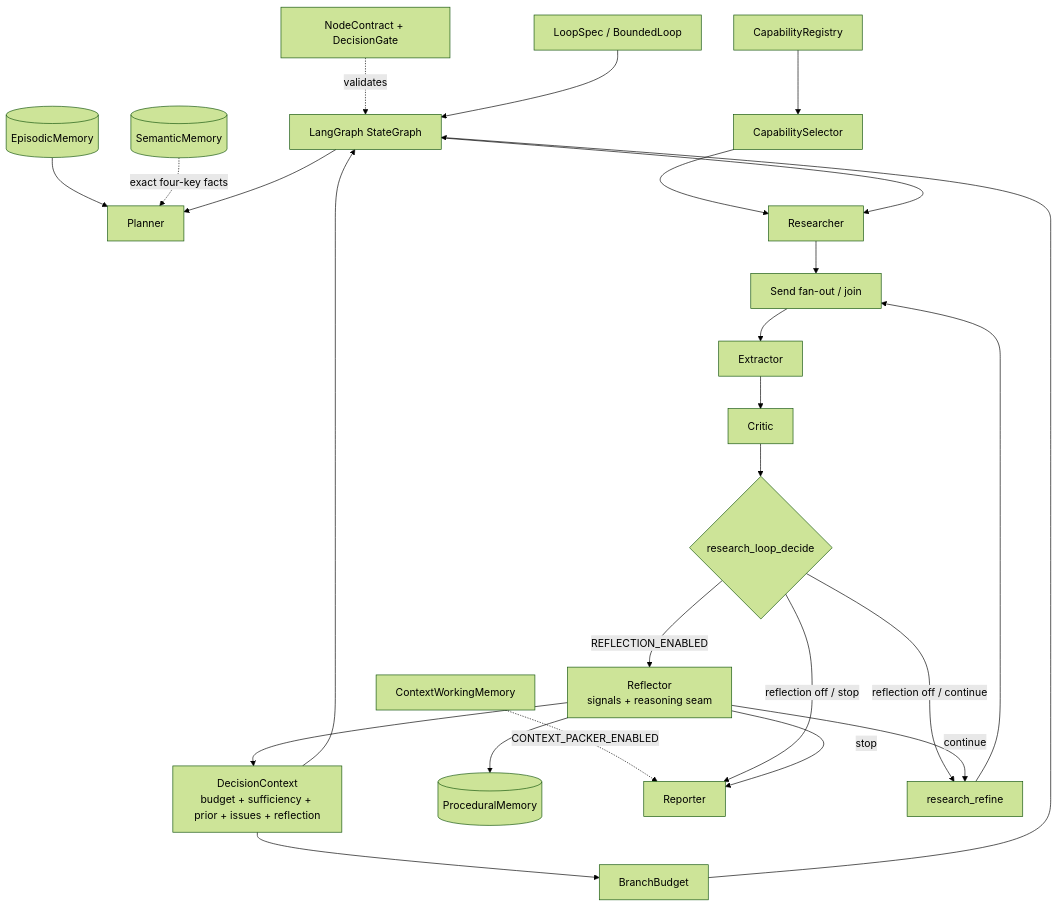
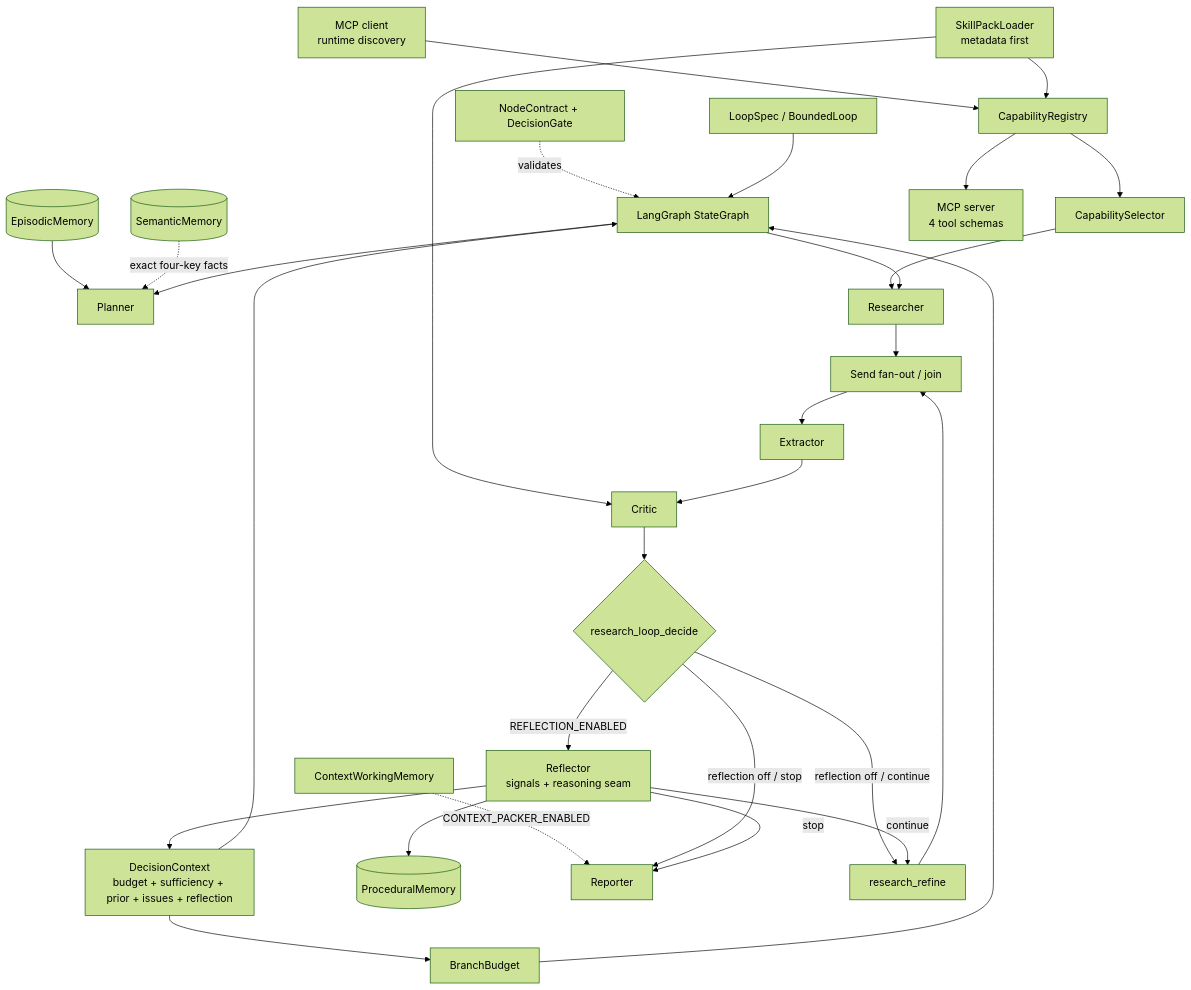
The first of 3 diagrams in docs/architecture.md (linqiaoyu/DeepResearchAgent), drawn with Mermaid (forest theme) before and after one commit. The commit also changed other lines of this file and 9 other files, not shown here.

Commit message:
docs: document MCP and skill boundaries

````diff
--- a/docs/architecture.md
+++ b/docs/architecture.md
@@ -7,28 +7,32 @@
 ```mermaid
 flowchart TB
     NC["NodeContract + DecisionGate"] -. validates .-> G["LangGraph StateGraph"]
     LS["LoopSpec / BoundedLoop"] --> G
     BB["BranchBudget"] --> G
     DC["DecisionContext<br/>budget + sufficiency + prior + issues + reflection"] --> BB
     DC --> G
     EM[("EpisodicMemory")] --> P["Planner"]
     SM[("SemanticMemory")] -. exact four-key facts .-> P
     PM[("ProceduralMemory")]
     WM["ContextWorkingMemory"] -. CONTEXT_PACKER_ENABLED .-> RP["Reporter"]
     CR["CapabilityRegistry"] --> CS["CapabilitySelector"]
+    MC["MCP client<br/>runtime discovery"] --> CR
+    CR --> MS["MCP server<br/>4 tool schemas"]
+    SK["SkillPackLoader<br/>metadata first"] --> CR
+    SK --> C
     CS --> R["Researcher"]
     G --> P
     G --> R
     R --> J["Send fan-out / join"]
     J --> X["Extractor"]
     X --> C["Critic"]
     C --> D{"research_loop_decide"}
     D -->|reflection off / continue| RF["research_refine"]
     D -->|reflection off / stop| RP
     D -->|REFLECTION_ENABLED| FCT["Reflector<br/>signals + reasoning seam"]
     FCT --> PM
     FCT --> DC
     FCT -->|continue| RF
     RF --> J
     FCT -->|stop| RP
 ```
````
